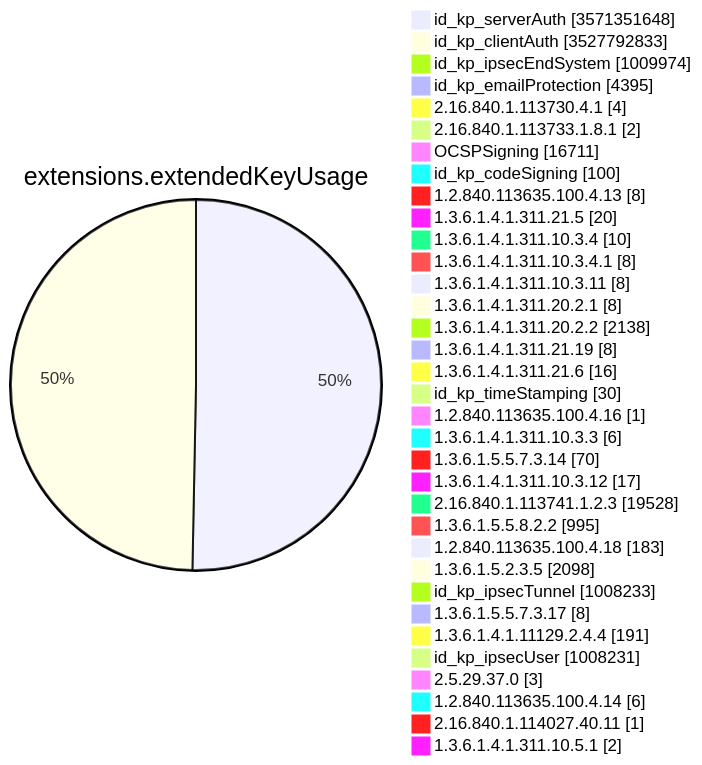
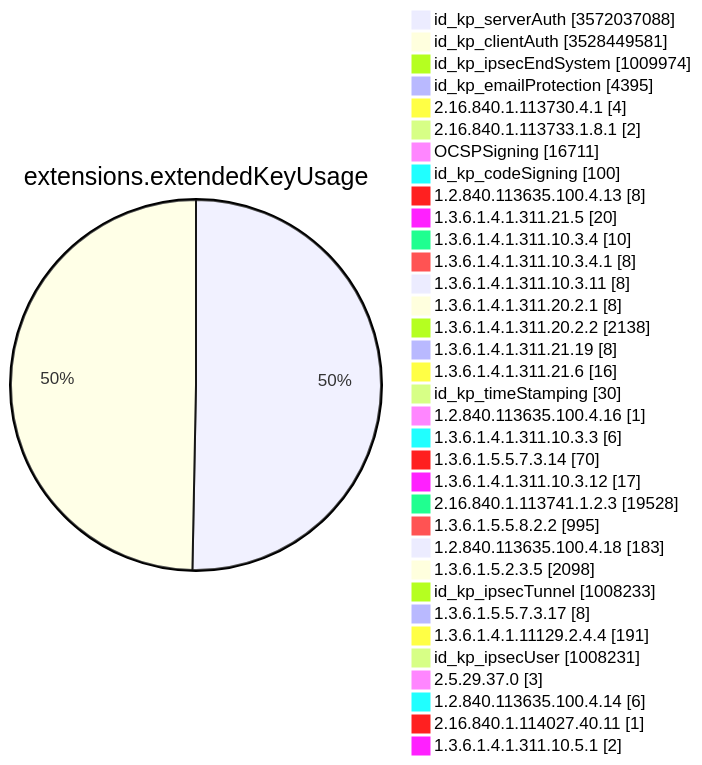
One commit to christiankrug/ctmonitor_visualization changed diagram 11 of 15 in TOTAL/README.md. Above: the diagram before and after it, drawn with Mermaid. The commit also changed other lines of this file, not shown here.

````diff
--- a/TOTAL/README.md
+++ b/TOTAL/README.md
@@ -4128,38 +4128,38 @@
 ```mermaid
 pie showData
 title extensions.extendedKeyUsage
-"id_kp_serverAuth" :3571351648
-"id_kp_clientAuth" :3527792833
+"id_kp_serverAuth" :3572037088
+"id_kp_clientAuth" :3528449581
 "id_kp_ipsecEndSystem" :1009974
 "id_kp_emailProtection" :4395
 "2.16.840.1.113730.4.1" :4
 "2.16.840.1.113733.1.8.1" :2
 "OCSPSigning" :16711
 "id_kp_codeSigning" :100
 "1.2.840.113635.100.4.13" :8
 "1.3.6.1.4.1.311.21.5" :20
 "1.3.6.1.4.1.311.10.3.4" :10
 "1.3.6.1.4.1.311.10.3.4.1" :8
 "1.3.6.1.4.1.311.10.3.11" :8
 "1.3.6.1.4.1.311.20.2.1" :8
 "1.3.6.1.4.1.311.20.2.2" :2138
 "1.3.6.1.4.1.311.21.19" :8
 "1.3.6.1.4.1.311.21.6" :16
 "id_kp_timeStamping" :30
 "1.2.840.113635.100.4.16" :1
 "1.3.6.1.4.1.311.10.3.3" :6
 "1.3.6.1.5.5.7.3.14" :70
 "1.3.6.1.4.1.311.10.3.12" :17
 "2.16.840.1.113741.1.2.3" :19528
 "1.3.6.1.5.5.8.2.2" :995
 "1.2.840.113635.100.4.18" :183
 "1.3.6.1.5.2.3.5" :2098
 "id_kp_ipsecTunnel" :1008233
 "1.3.6.1.5.5.7.3.17" :8
 "1.3.6.1.4.1.11129.2.4.4" :191
 "id_kp_ipsecUser" :1008231
 "2.5.29.37.0" :3
 "1.2.840.113635.100.4.14" :6
 "2.16.840.1.114027.40.11" :1
 "1.3.6.1.4.1.311.10.5.1" :2
 ```
````
